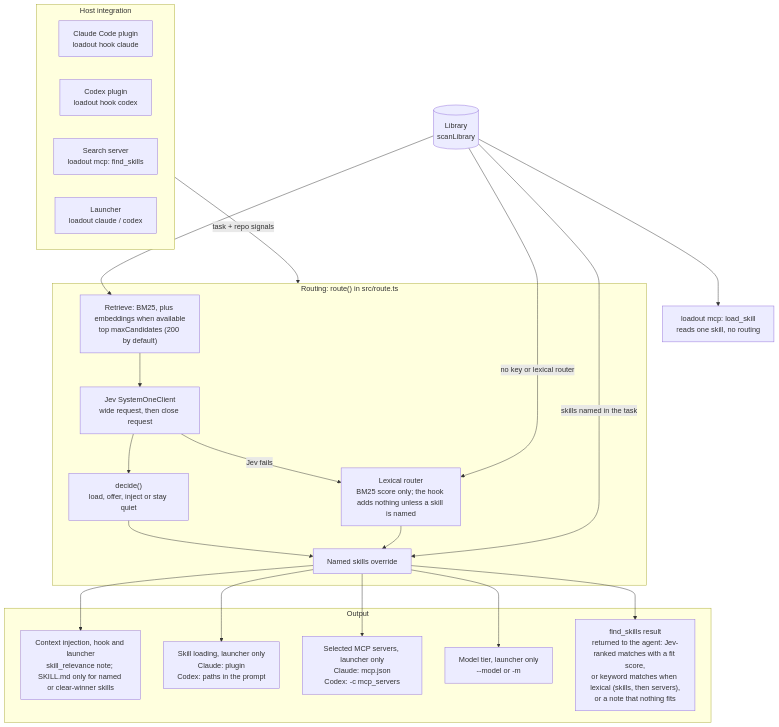
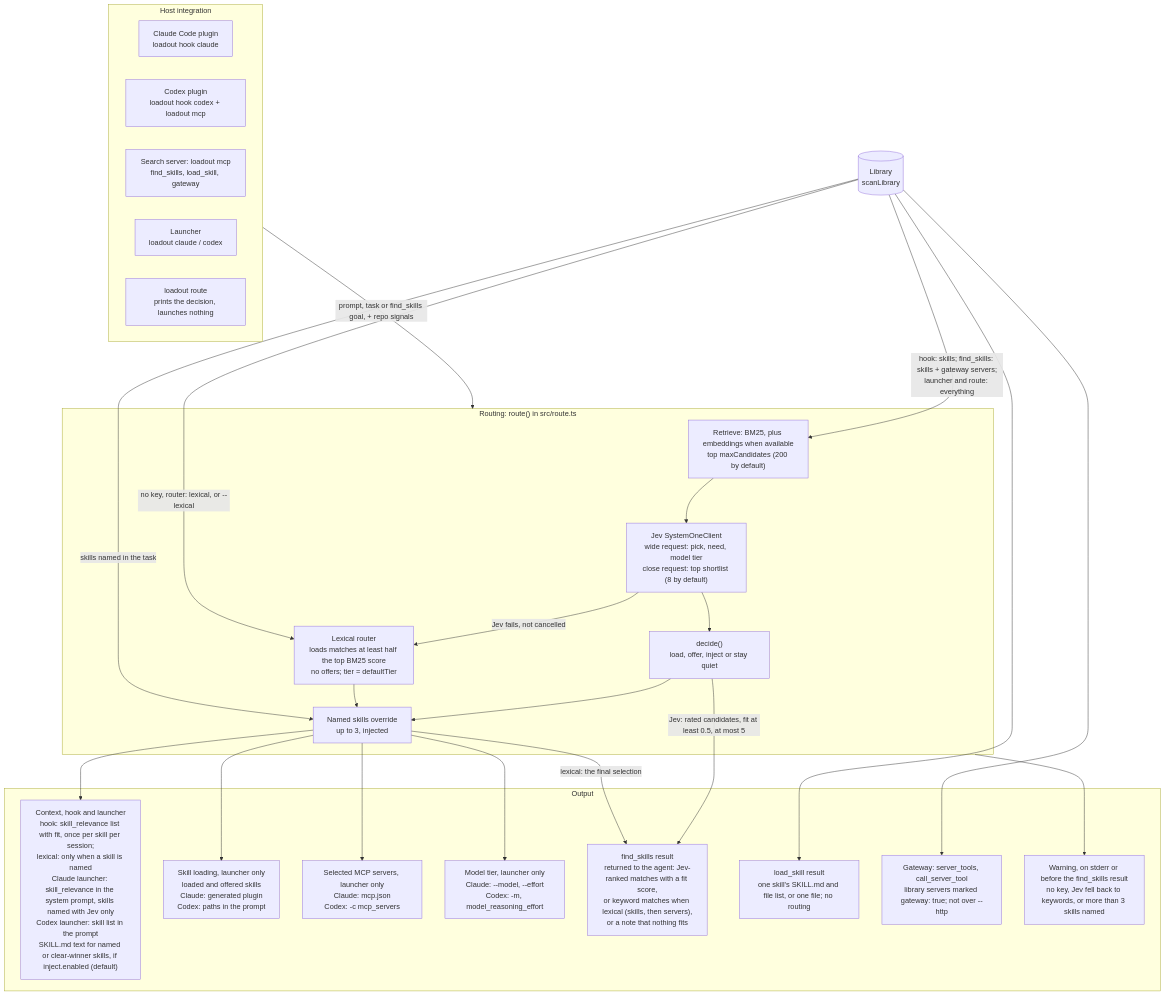
The diagram in DESIGN.md (erik-hedstrom/loadout), drawn with Mermaid before and after one commit. The commit also changed other lines of this file, not shown here.

Commit message:
E6: check every diagram node and edge against the code
Codex round 12: on the Jev path find_skills reads `d.scored`, not the
selection after mentions. FSR now has one edge from decide() (fit at least
0.5, at most 5) and one from the override for lexical mode.

A deep audit of every edge found and fixed the rest:
- Missing outputs: the gateway, the warnings, and load_skill moved into
  Output.
- Missing entry point: `loadout route`. The Codex plugin also ships
  `loadout mcp`.
- The library edge names what each entry point routes over, and `--lexical`
  selects the lexical router. The lexical node says how it selects.
- The Jev fallback skips cancelled requests.
- The context node is split by host; tier and effort flags are named.
- Prose: the gateway registers only for `"gateway": true` servers, and Codex
  gets the relevance note only when no skill is selected.

Rendered with mermaid-cli to check it parses.

Claude-Session: https://claude.ai/code/session_01HuyR49tfEGYja23caRY2JK

````diff
--- a/DESIGN.md
+++ b/DESIGN.md
@@ -29,44 +29,50 @@
 ```mermaid
 flowchart TB
     subgraph host["Host integration"]
         CH["Claude Code plugin<br/>loadout hook claude"]
-        XH["Codex plugin<br/>loadout hook codex"]
-        MS["Search server<br/>loadout mcp: find_skills"]
+        XH["Codex plugin<br/>loadout hook codex + loadout mcp"]
+        MS["Search server: loadout mcp<br/>find_skills, load_skill, gateway"]
         LA["Launcher<br/>loadout claude / codex"]
+        RT["loadout route<br/>prints the decision, launches nothing"]
     end
 
     LIB[("Library<br/>scanLibrary")]
-    LS["loadout mcp: load_skill<br/>reads one skill, no routing"]
 
     subgraph routing["Routing: route() in src/route.ts"]
         RET["Retrieve: BM25, plus embeddings when available<br/>top maxCandidates (200 by default)"]
-        JEV["Jev SystemOneClient<br/>wide request, then close request"]
+        JEV["Jev SystemOneClient<br/>wide request: pick, need, model tier<br/>close request: top shortlist (8 by default)"]
         DEC["decide()<br/>load, offer, inject or stay quiet"]
-        LEX["Lexical router<br/>BM25 score only; the hook adds nothing unless a skill is named"]
-        MEN["Named skills override"]
+        LEX["Lexical router<br/>loads matches at least half the top BM25 score<br/>no offers; tier = defaultTier"]
+        MEN["Named skills override<br/>up to 3, injected"]
         RET --> JEV
-        JEV -->|"Jev fails"| LEX
+        JEV -->|"Jev fails, not cancelled"| LEX
         JEV --> DEC
         DEC --> MEN
         LEX --> MEN
     end
 
     subgraph out["Output"]
-        CTX["Context injection, hook and launcher<br/>skill_relevance note; SKILL.md only for named or clear-winner skills"]
-        SKL["Skill loading, launcher only<br/>Claude: plugin<br/>Codex: paths in the prompt"]
+        CTX["Context, hook and launcher<br/>hook: skill_relevance list with fit, once per skill per session;<br/>lexical: only when a skill is named<br/>Claude launcher: skill_relevance in the system prompt, skills named with Jev only<br/>Codex launcher: skill list in the prompt<br/>SKILL.md text for named or clear-winner skills, if inject.enabled (default)"]
+        SKL["Skill loading, launcher only<br/>loaded and offered skills<br/>Claude: generated plugin<br/>Codex: paths in the prompt"]
         MCPS["Selected MCP servers, launcher only<br/>Claude: mcp.json<br/>Codex: -c mcp_servers"]
-        TIER["Model tier, launcher only<br/>--model or -m"]
+        TIER["Model tier, launcher only<br/>Claude: --model, --effort<br/>Codex: -m, model_reasoning_effort"]
         FSR["find_skills result<br/>returned to the agent: Jev-ranked matches with a fit score,<br/>or keyword matches when lexical (skills, then servers),<br/>or a note that nothing fits"]
+        LS["load_skill result<br/>one skill's SKILL.md and file list, or one file; no routing"]
+        GW["Gateway: server_tools, call_server_tool<br/>library servers marked gateway: true; not over --http"]
+        WARN["Warning, on stderr or before the find_skills result<br/>no key, Jev fell back to keywords, or more than 3 skills named"]
     end
 
-    host -->|"task + repo signals"| routing
-    LIB --> RET
-    LIB -->|"no key or lexical router"| LEX
+    host -->|"prompt, task or find_skills goal, + repo signals"| routing
+    LIB -->|"hook: skills; find_skills: skills + gateway servers;<br/>launcher and route: everything"| RET
+    LIB -->|"no key, router: lexical, or --lexical"| LEX
     LIB -->|"skills named in the task"| MEN
     LIB --> LS
+    LIB --> GW
     MEN --> CTX
     MEN --> SKL
     MEN --> MCPS
     MEN --> TIER
-    MEN --> FSR
+    DEC -->|"Jev: rated candidates, fit at least 0.5, at most 5"| FSR
+    MEN -->|"lexical: the final selection"| FSR
+    routing --> WARN
 ```
````
